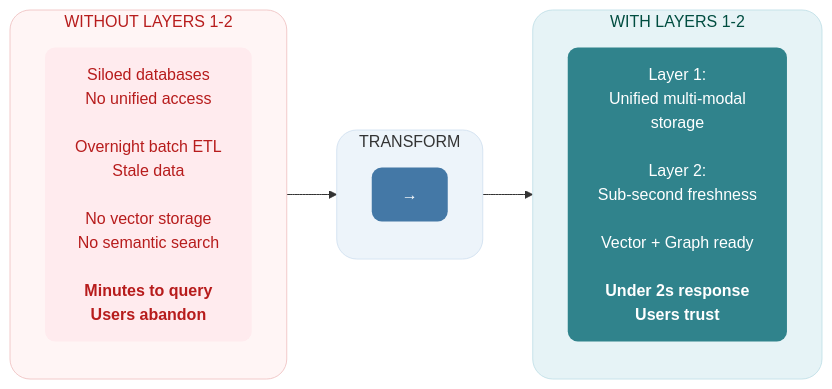
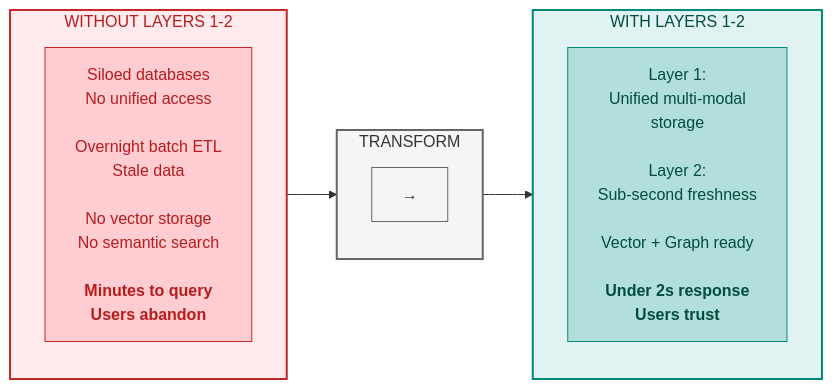
One commit to saitejesh-cyber/trust-before-intelligence-book changed the first of 11 diagrams in manuscript/05_chapter_4_foundation_layers.md. Above: the diagram before and after it, drawn with Mermaid. The commit also changed other lines of this file and 12 other files, not shown here.

Commit message:
Restore legacy Mermaid styles for Option 1

````diff
--- a/manuscript/05_chapter_4_foundation_layers.md
+++ b/manuscript/05_chapter_4_foundation_layers.md
@@ -38,28 +38,28 @@
 ```mermaid
 
 graph LR
     subgraph WITHOUT["WITHOUT LAYERS 1-2"]
         direction TB
         W1["Siloed databases<br/>No unified access<br/><br/>Overnight batch ETL<br/>Stale data<br/><br/>No vector storage<br/>No semantic search<br/><br/><b>Minutes to query<br/>Users abandon</b>"]
     end
     
     subgraph TRANSFORM["TRANSFORM"]
         direction TB
         T1["→"]
     end
     
     subgraph WITH["WITH LAYERS 1-2"]
         direction TB
         L1["Layer 1:<br/>Unified multi-modal<br/>storage<br/><br/>Layer 2:<br/>Sub-second freshness<br/><br/>Vector + Graph ready<br/><br/><b>Under 2s response<br/>Users trust</b>"]
     end
     
     WITHOUT --> TRANSFORM --> WITH
     
-    style WITHOUT fill:#fff5f5,stroke:#f2caca,stroke-width:1px,color:#b71c1c,rx:20,ry:20
-    style W1 fill:#ffebee,stroke:none,color:#b71c1c,rx:10,ry:10
-    style TRANSFORM fill:#edf4fa,stroke:#d6e4f2,stroke-width:1px,color:#333333,rx:20,ry:20
-    style T1 fill:#4478A6,stroke:none,color:#ffffff,rx:10,ry:10
-    style WITH fill:#e6f3f6,stroke:#c7e3ea,stroke-width:1px,color:#004d40,rx:20,ry:20
-    style L1 fill:#30838C,stroke:none,color:#ffffff,rx:10,ry:10
+    style WITHOUT fill:#ffebee,stroke:#c62828,stroke-width:2px,color:#b71c1c
+    style TRANSFORM fill:#f5f5f5,stroke:#666666,stroke-width:2px,color:#333333
+    style WITH fill:#e0f2f1,stroke:#00897b,stroke-width:2px,color:#004d40
+    style W1 fill:#ffcdd2,stroke:#c62828,color:#b71c1c
+    style T1 fill:#f5f5f5,stroke:#666666,color:#333333
+    style L1 fill:#b2dfdb,stroke:#00897b,color:#004d40
 
 ```
````
